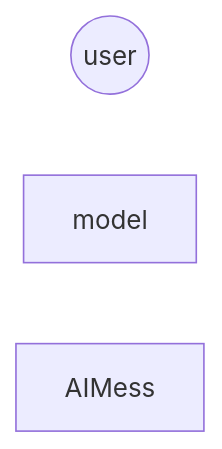
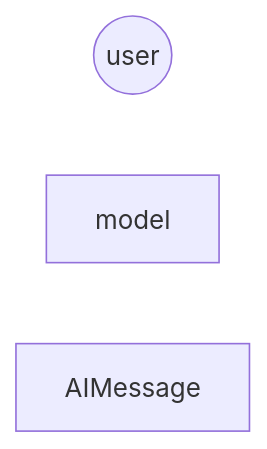
One commit to ka1fe1/iodraw-files changed the diagram in all/未命名-28.md. Above: the diagram before and after it, drawn with Mermaid.

Commit message:
2024-10-22 17:42:41 update

````diff
--- a/all/未命名-28.md
+++ b/all/未命名-28.md
@@ -1,6 +1,8 @@
 ```mermaid
 flowchart LR
     s1((user))
     s2["model"]
-    s3["AIMess"]
+    s3["AIMessage"]
+
+    s1 
 ```
````
